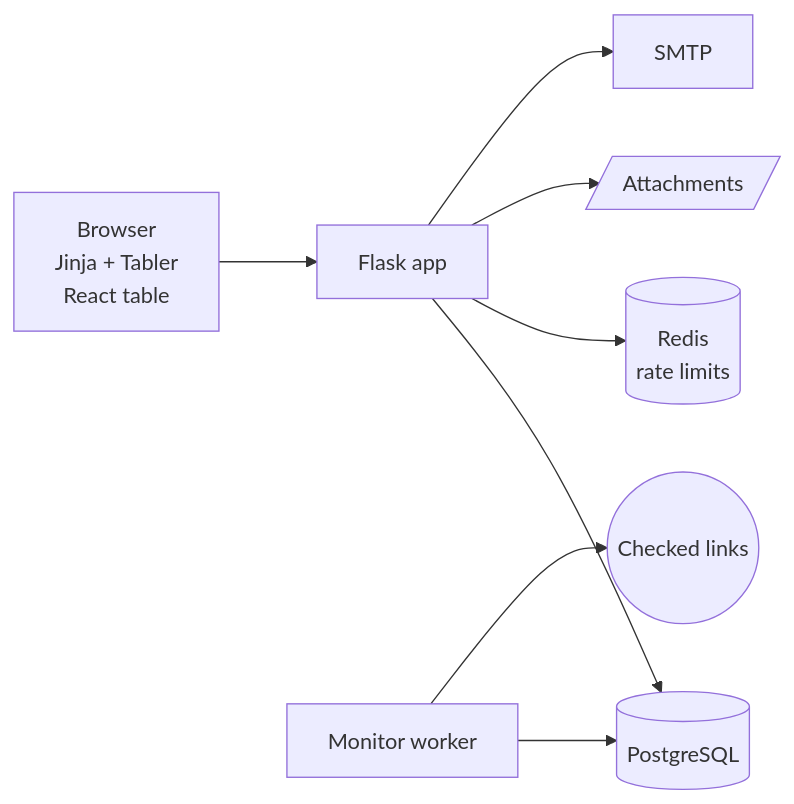
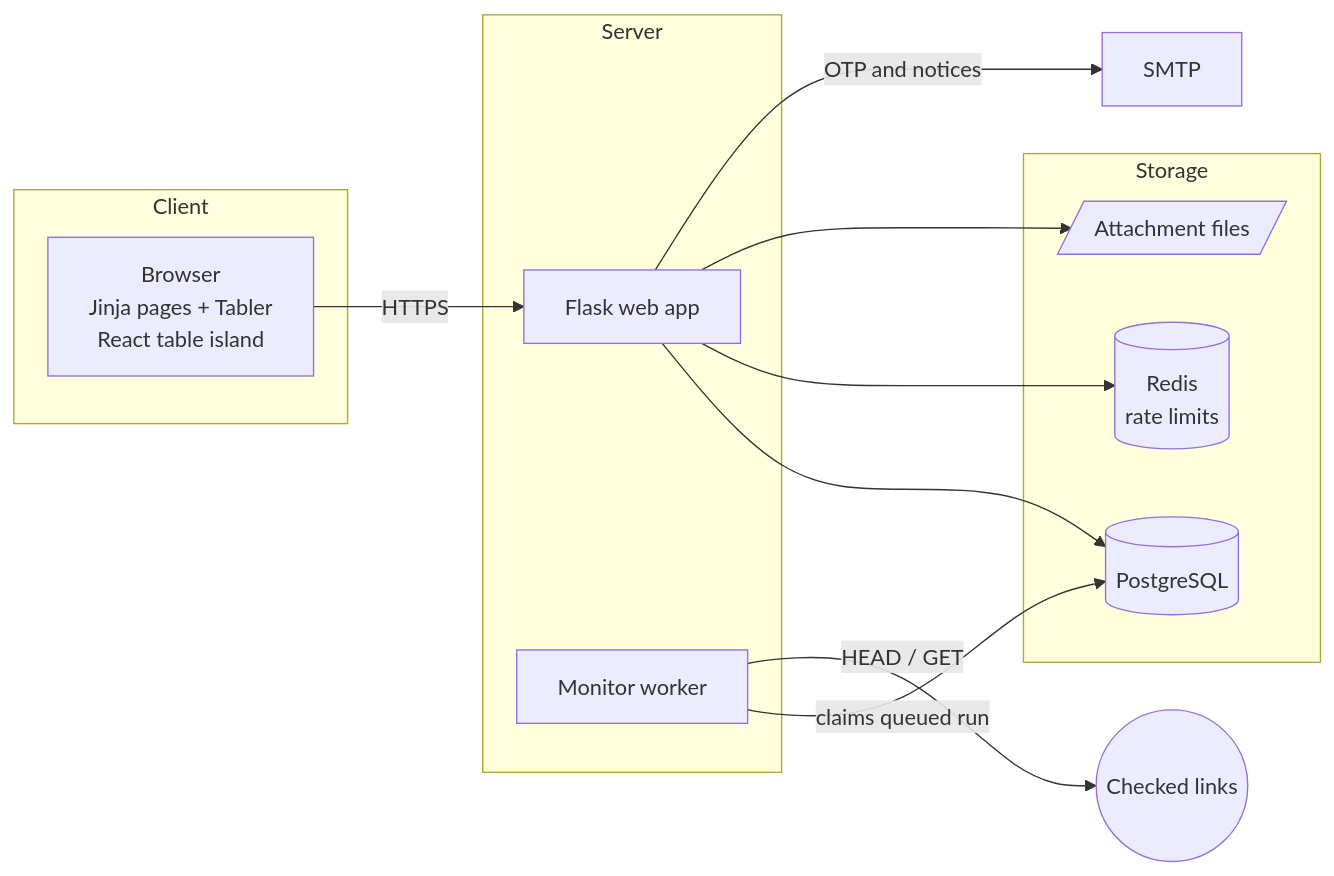
One commit to Masbismaa/mtoa_alr changed the first of 8 diagrams in .github/README.md. Above: the diagram before and after it, drawn with Mermaid. The commit also changed other lines of this file and 36 other files, not shown here.

````diff
--- a/.github/README.md
+++ b/.github/README.md
@@ -108,10 +343,22 @@
 ```mermaid
 flowchart LR
-    B[Browser<br/>Jinja + Tabler<br/>React table] --> W[Flask app]
-    W --> DB[(PostgreSQL)]
-    W --> R[(Redis<br/>rate limits)]
-    W --> F[/Attachments/]
-    W --> M[SMTP]
-    K[Monitor worker] --> DB
-    K --> T((Checked links))
+    subgraph Client
+        B[Browser<br/>Jinja pages + Tabler<br/>React table island]
+    end
+    subgraph Server
+        W[Flask web app]
+        K[Monitor worker]
+    end
+    subgraph Storage
+        DB[(PostgreSQL)]
+        R[(Redis<br/>rate limits)]
+        F[/Attachment files/]
+    end
+    B -->|HTTPS| W
+    W --> DB
+    W --> R
+    W --> F
+    W -->|OTP and notices| M[SMTP]
+    K -->|claims queued run| DB
+    K -->|HEAD / GET| T((Checked links))
 ```
````
